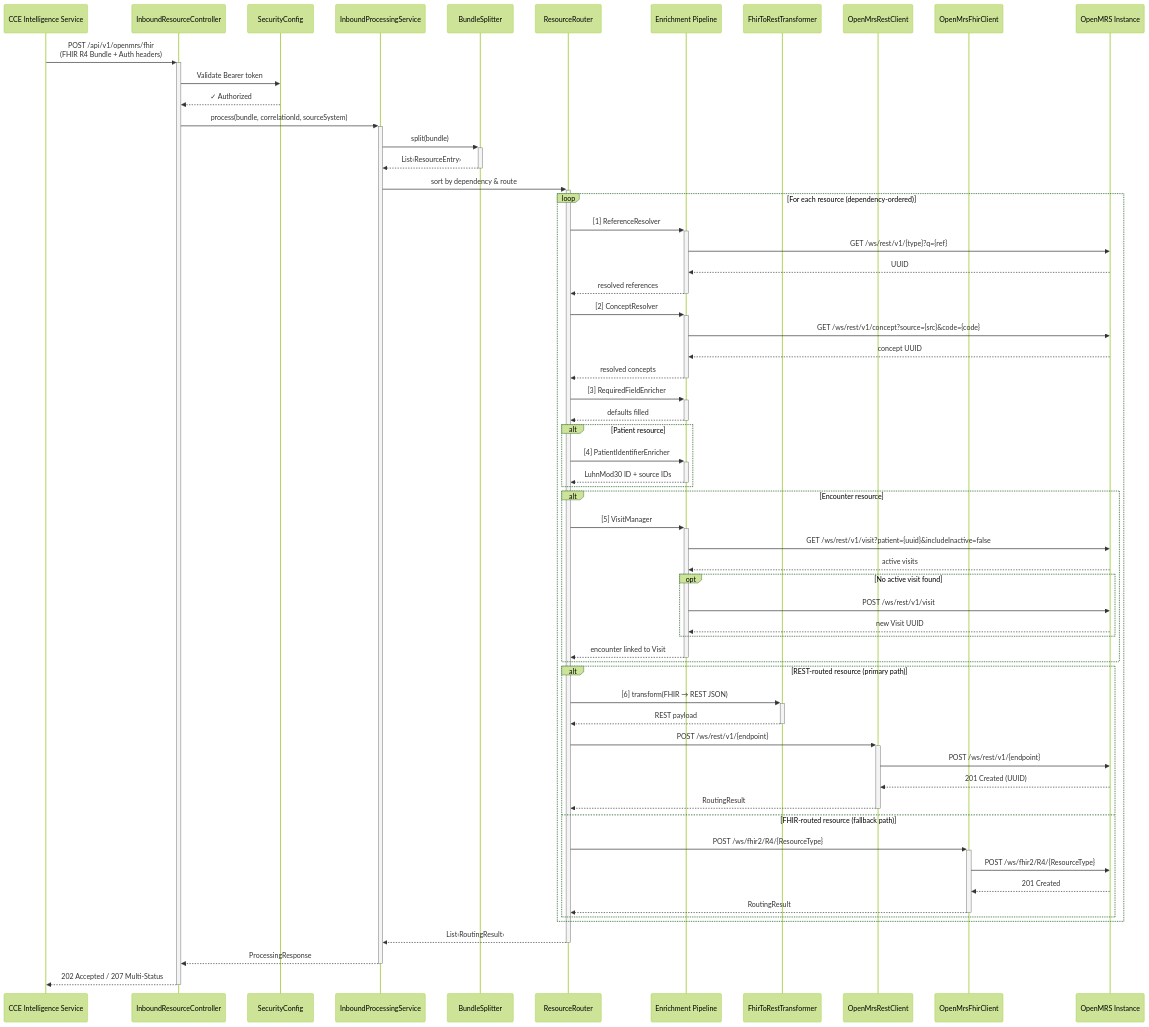
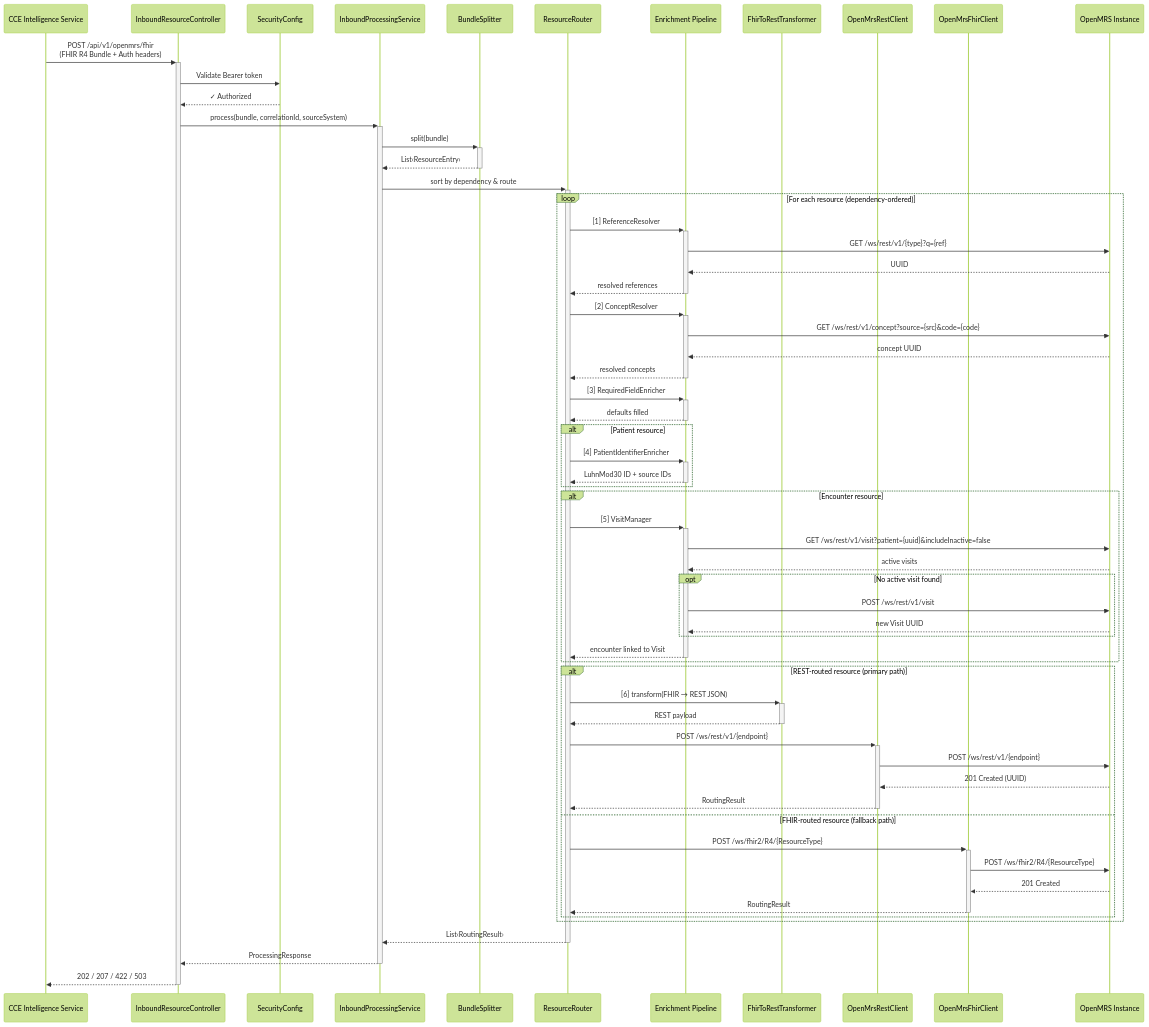
One commit to AjishaVayoli-Tarento/openmrs-cce-receiver-adaptor changed the first of 3 diagrams in docs/architecture.md. Above: the diagram before and after it, drawn with Mermaid (forest theme). The commit also changed other lines of this file and 3 other files, not shown here.

Commit message:
Update API reference and architecture documentation to clarify response status codes and enhance payload handling details

````diff
--- a/docs/architecture.md
+++ b/docs/architecture.md
@@ -109,75 +109,75 @@
 ```mermaid
 sequenceDiagram
     participant CCE as CCE Intelligence Service
     participant Ctrl as InboundResourceController
     participant Sec as SecurityConfig
     participant Proc as InboundProcessingService
     participant Split as BundleSplitter
     participant Router as ResourceRouter
     participant Enrich as Enrichment Pipeline
     participant Trans as FhirToRestTransformer
     participant REST as OpenMrsRestClient
     participant FHIR as OpenMrsFhirClient
     participant OpenMRS as OpenMRS Instance
 
     CCE->>+Ctrl: POST /api/v1/openmrs/fhir<br/>(FHIR R4 Bundle + Auth headers)
     Ctrl->>Sec: Validate Bearer token
     Sec-->>Ctrl: ✓ Authorized
 
     Ctrl->>+Proc: process(bundle, correlationId, sourceSystem)
 
     Proc->>+Split: split(bundle)
     Split-->>-Proc: List‹ResourceEntry›
 
     Proc->>+Router: sort by dependency & route
 
     loop For each resource (dependency-ordered)
         Router->>+Enrich: [1] ReferenceResolver
         Enrich->>OpenMRS: GET /ws/rest/v1/{type}?q={ref}
         OpenMRS-->>Enrich: UUID
         Enrich-->>-Router: resolved references
 
         Router->>+Enrich: [2] ConceptResolver
         Enrich->>OpenMRS: GET /ws/rest/v1/concept?source={src}&code={code}
         OpenMRS-->>Enrich: concept UUID
         Enrich-->>-Router: resolved concepts
 
         Router->>+Enrich: [3] RequiredFieldEnricher
         Enrich-->>-Router: defaults filled
 
         alt Patient resource
             Router->>+Enrich: [4] PatientIdentifierEnricher
             Enrich-->>-Router: LuhnMod30 ID + source IDs
         end
 
         alt Encounter resource
             Router->>+Enrich: [5] VisitManager
             Enrich->>OpenMRS: GET /ws/rest/v1/visit?patient={uuid}&includeInactive=false
             OpenMRS-->>Enrich: active visits
             opt No active visit found
                 Enrich->>OpenMRS: POST /ws/rest/v1/visit
                 OpenMRS-->>Enrich: new Visit UUID
             end
             Enrich-->>-Router: encounter linked to Visit
         end
 
         alt REST-routed resource (primary path)
             Router->>+Trans: [6] transform(FHIR → REST JSON)
             Trans-->>-Router: REST payload
             Router->>+REST: POST /ws/rest/v1/{endpoint}
             REST->>OpenMRS: POST /ws/rest/v1/{endpoint}
             OpenMRS-->>REST: 201 Created (UUID)
             REST-->>-Router: RoutingResult
         else FHIR-routed resource (fallback path)
             Router->>+FHIR: POST /ws/fhir2/R4/{ResourceType}
             FHIR->>OpenMRS: POST /ws/fhir2/R4/{ResourceType}
             OpenMRS-->>FHIR: 201 Created
             FHIR-->>-Router: RoutingResult
         end
     end
 
     Router-->>-Proc: List‹RoutingResult›
     Proc-->>-Ctrl: ProcessingResponse
 
-    Ctrl-->>-CCE: 202 Accepted / 207 Multi-Status
+    Ctrl-->>-CCE: 202 / 207 / 422 / 503
 ```
````
